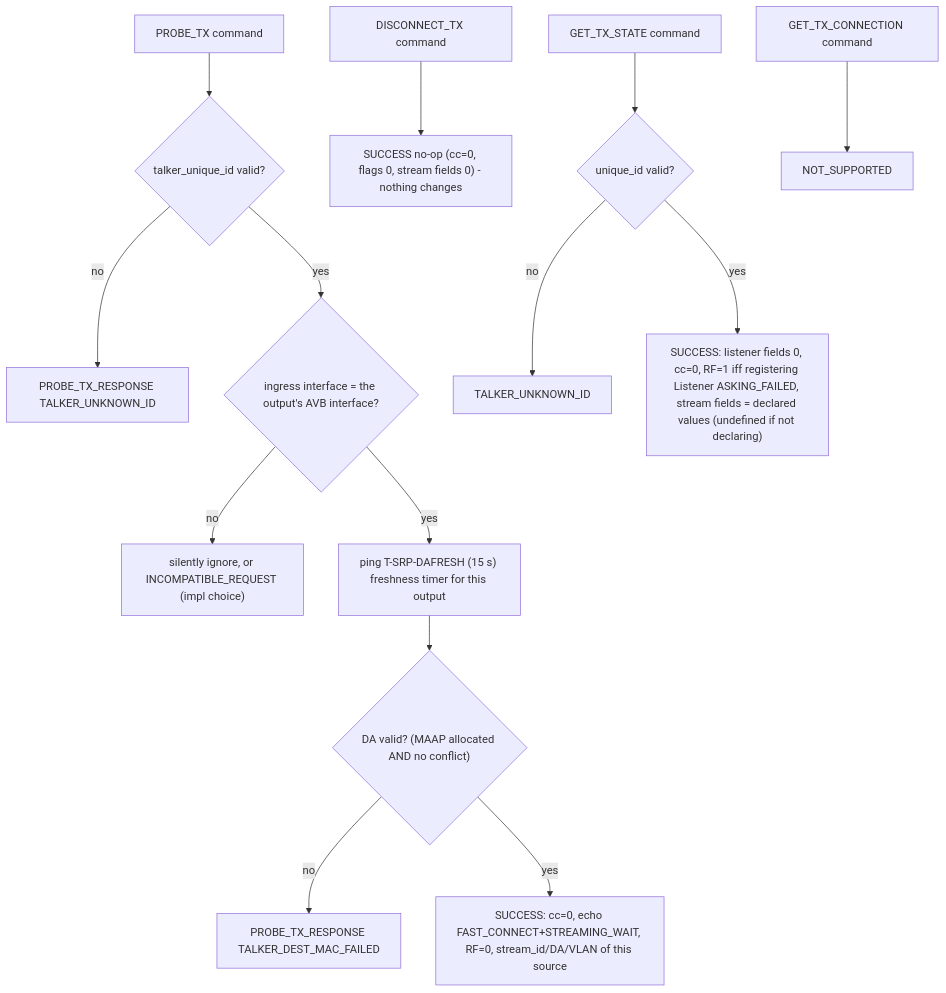
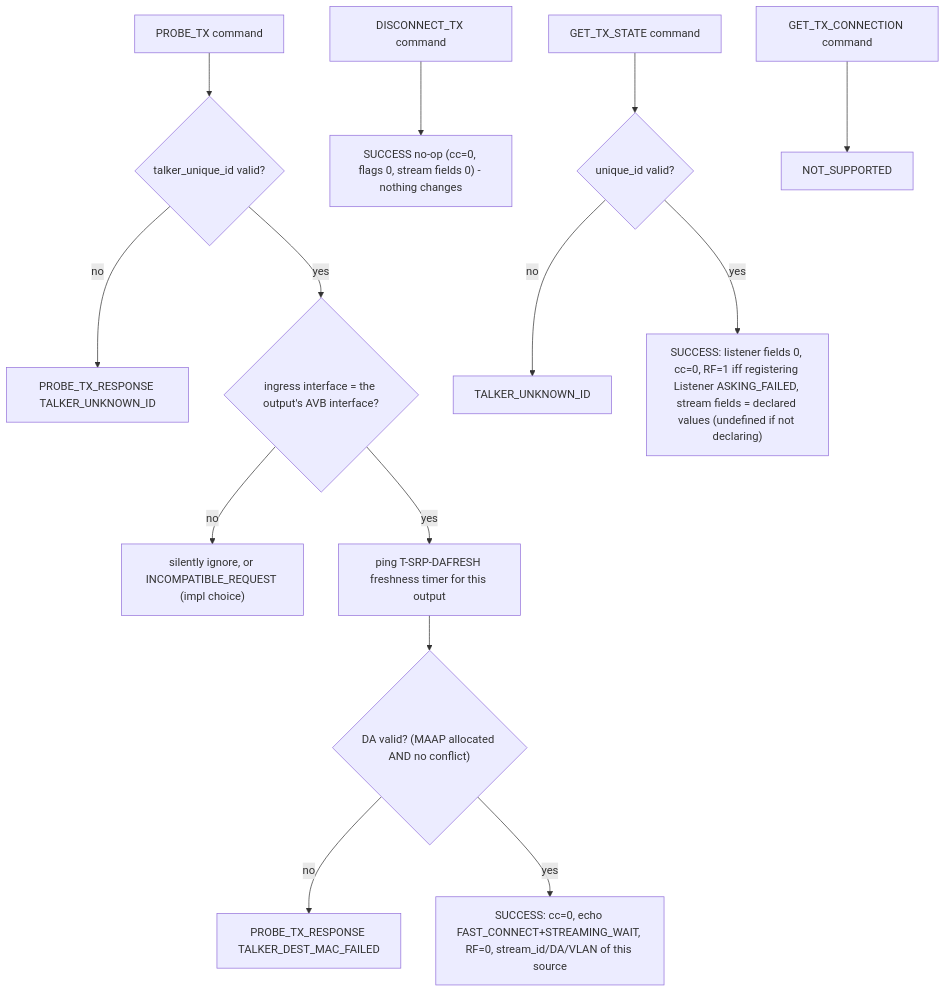
One commit to Mister-M-alt/protocol-processor-control-plane-avb-milan changed the sixth of 11 diagrams in docs/architecture/05_acmp_engine.md. Above: the diagram before and after it, drawn with Mermaid. The commit also changed other lines of this file and 13 other files, not shown here.

````diff
--- a/docs/architecture/05_acmp_engine.md
+++ b/docs/architecture/05_acmp_engine.md
@@ -294,16 +294,16 @@
 ```mermaid
 flowchart TB
   p["PROBE_TX command"] --> v1{"talker_unique_id valid?"}
   v1 -- no --> r1["PROBE_TX_RESPONSE TALKER_UNKNOWN_ID"]
   v1 -- yes --> v2{"ingress interface = the output's AVB interface?"}
   v2 -- no --> r2["silently ignore, or INCOMPATIBLE_REQUEST (impl choice)"]
-  v2 -- yes --> ping["ping T-SRP-DAFRESH (15 s) freshness timer for this output"]
+  v2 -- yes --> ping["ping T-SRP-DAFRESH freshness timer for this output"]
   ping --> v3{"DA valid? (MAAP allocated AND no conflict)"}
   v3 -- no --> r3["PROBE_TX_RESPONSE TALKER_DEST_MAC_FAILED"]
   v3 -- yes --> r4["SUCCESS: cc=0, echo FAST_CONNECT+STREAMING_WAIT, RF=0, stream_id/DA/VLAN of this source"]
   d["DISCONNECT_TX command"] --> r5["SUCCESS no-op (cc=0, flags 0, stream fields 0) - nothing changes"]
   g["GET_TX_STATE command"] --> v4{"unique_id valid?"}
   v4 -- no --> r6["TALKER_UNKNOWN_ID"]
   v4 -- yes --> r7["SUCCESS: listener fields 0, cc=0, RF=1 iff registering Listener ASKING_FAILED, stream fields = declared values (undefined if not declaring)"]
   gc["GET_TX_CONNECTION command"] --> r8["NOT_SUPPORTED"]
 ```
````
